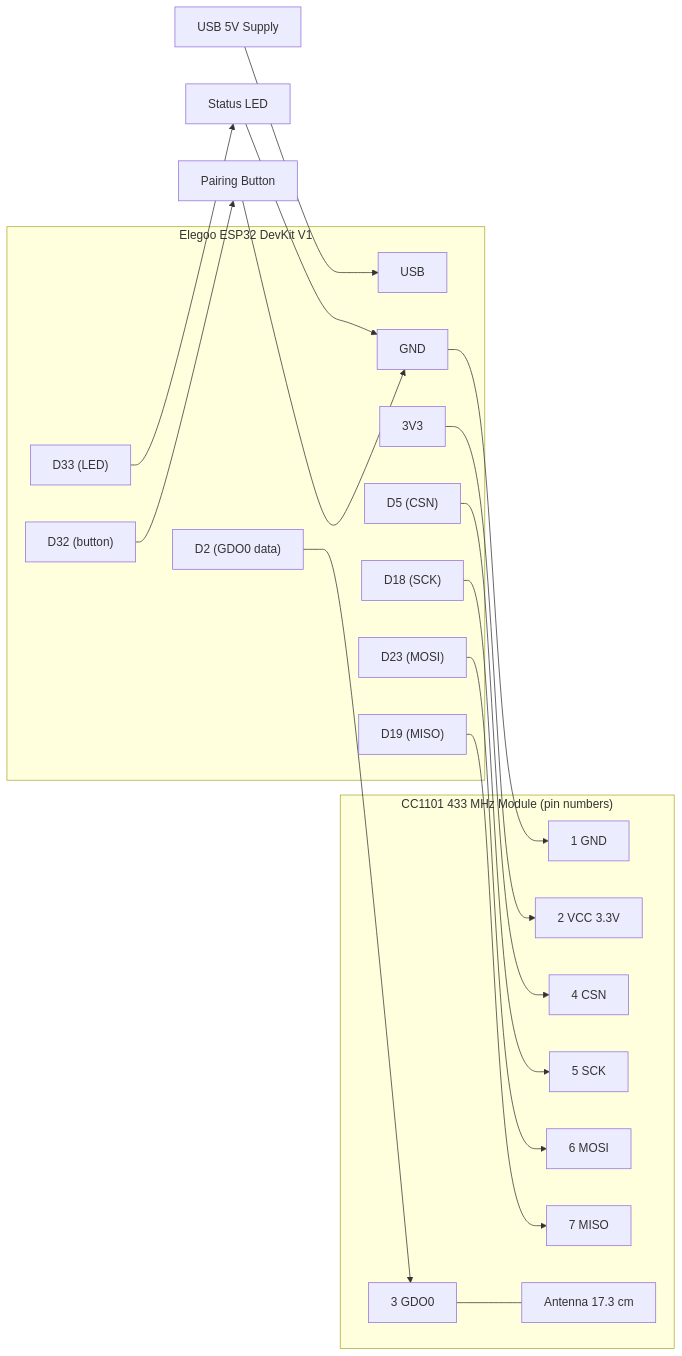
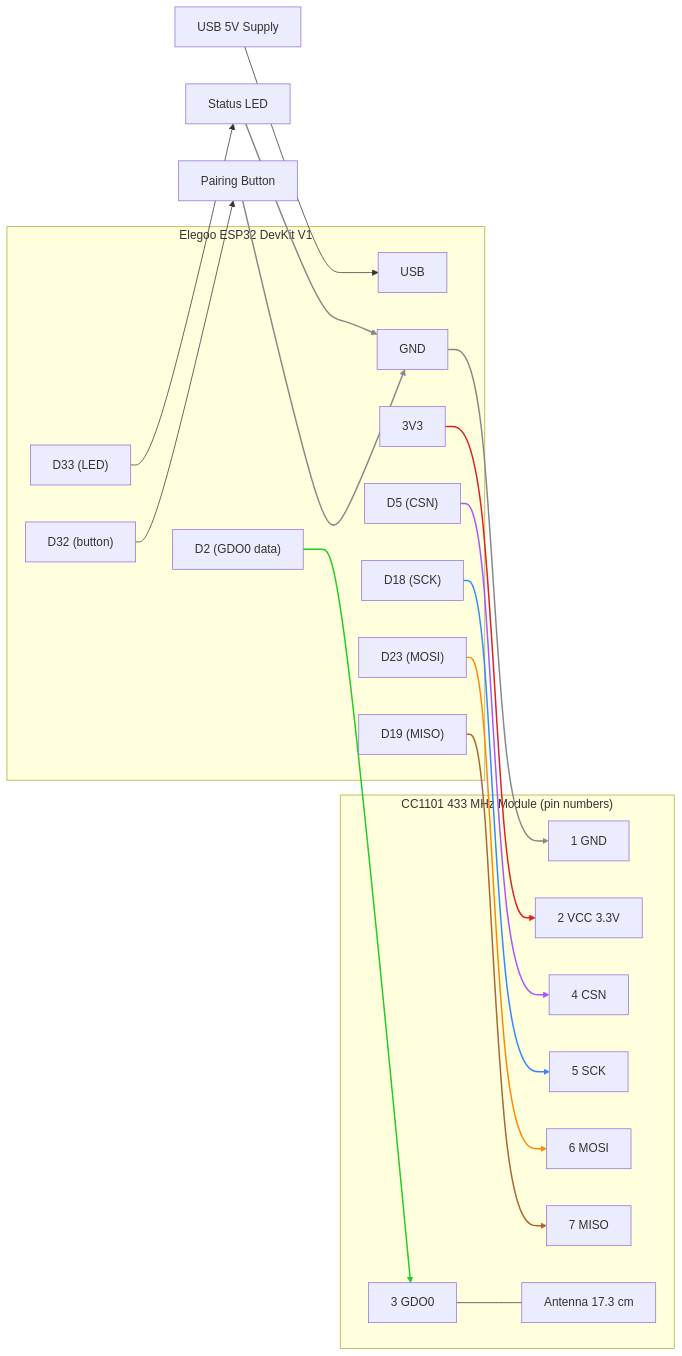
Before and after one commit to tillig/somfy-matter-remote: the diagram in docs/hardware.md, drawn with Mermaid. The commit also changed other lines of this file, not shown here.

First line of the commit message:
Color the wiring diagram edges to match the as-built wire colors

````diff
--- a/docs/hardware.md
+++ b/docs/hardware.md
@@ -113,42 +113,53 @@
 ```mermaid
 flowchart LR
     usb["USB 5V Supply"] --> esp32_usb
     subgraph esp32["Elegoo ESP32 DevKit V1"]
       esp32_usb["USB"]
       esp32_3v3["3V3"]
       esp32_gnd["GND"]
       esp32_d2["D2 (GDO0 data)"]
       esp32_d5["D5 (CSN)"]
       esp32_d18["D18 (SCK)"]
       esp32_d19["D19 (MISO)"]
       esp32_d23["D23 (MOSI)"]
       esp32_d32["D32 (button)"]
       esp32_d33["D33 (LED)"]
     end
     subgraph cc1101["CC1101 433 MHz Module (pin numbers)"]
       cc_gnd["1 GND"]
       cc_vcc["2 VCC 3.3V"]
       cc_gdo0["3 GDO0"]
       cc_csn["4 CSN"]
       cc_sck["5 SCK"]
       cc_mosi["6 MOSI"]
       cc_miso["7 MISO"]
       cc_ant["Antenna 17.3 cm"]
     end
 
     esp32_3v3 --> cc_vcc
     esp32_gnd --> cc_gnd
     esp32_d18 --> cc_sck
     esp32_d19 --> cc_miso
     esp32_d23 --> cc_mosi
     esp32_d5 --> cc_csn
     esp32_d2 --> cc_gdo0
     cc_gdo0 --- cc_ant
 
     button["Pairing Button"]
     led["Status LED"]
     esp32_d32 --> button
     button --> esp32_gnd
     esp32_d33 --> led
     led --> esp32_gnd
+
+    %% Edge colors match the as-built wire colors listed below the diagram.
+    %% linkStyle indices are positional, counted from 0 in the order the edges
+    %% are declared above, so adding or reordering an edge shifts them.
+    linkStyle 1 stroke:#d22,stroke-width:2px
+    linkStyle 2,10,12 stroke:#888,stroke-width:2px
+    linkStyle 3 stroke:#38f,stroke-width:2px
+    linkStyle 4 stroke:#a63,stroke-width:2px
+    linkStyle 5 stroke:#f80,stroke-width:2px
+    linkStyle 6 stroke:#a5f,stroke-width:2px
+    linkStyle 7 stroke:#2c2,stroke-width:2px
 ```
````
